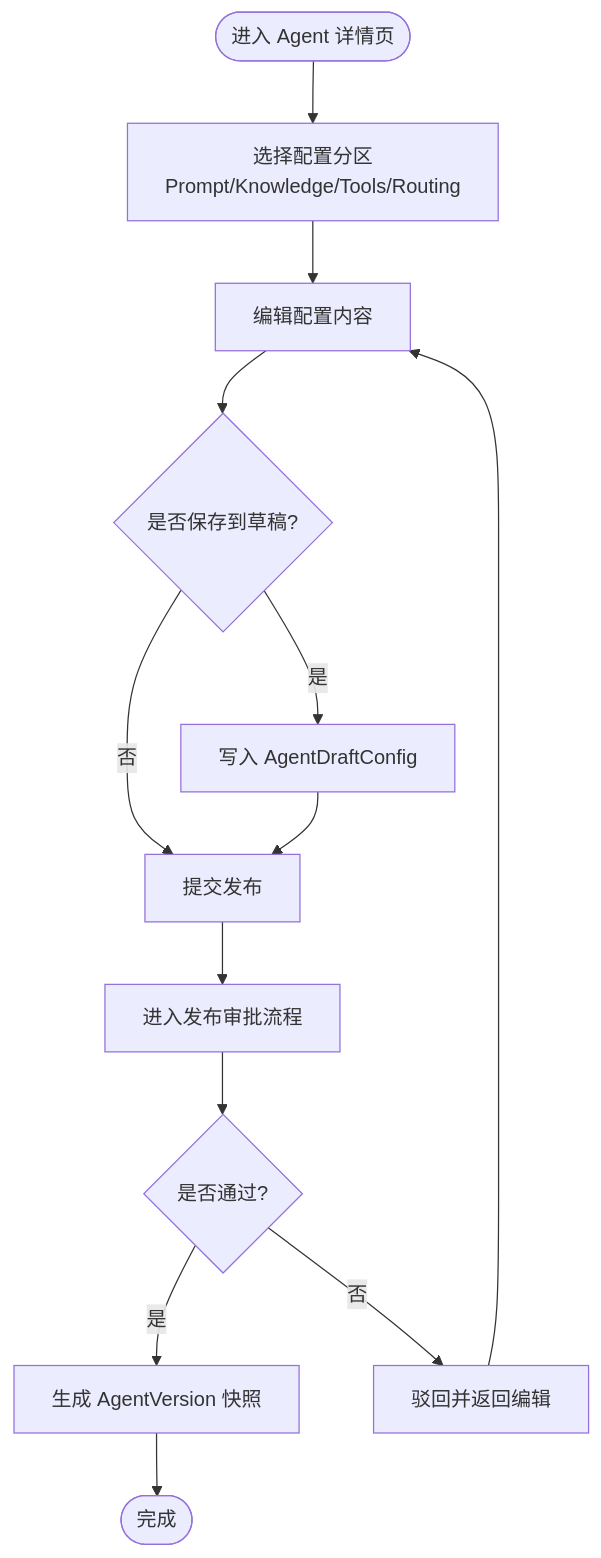
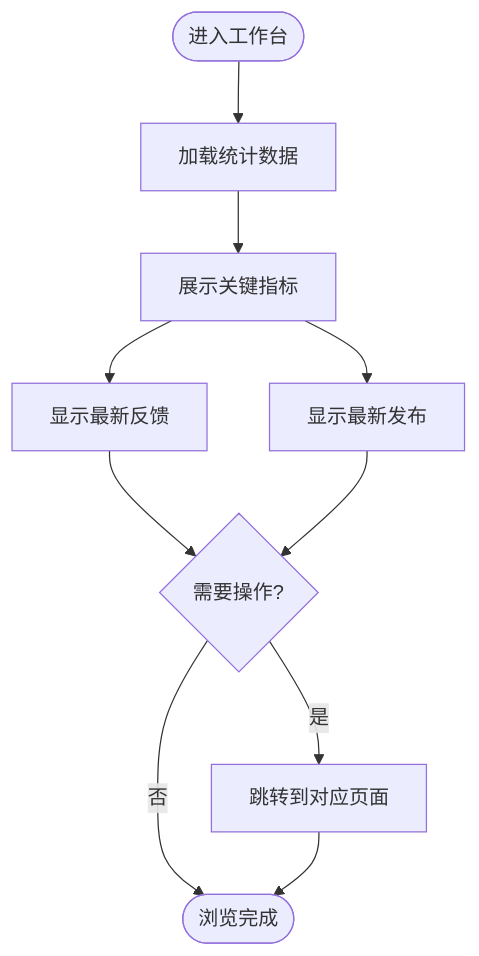
One commit to ai-guru-global/agent-up changed the third of 5 diagrams in .qoder/repowiki/zh/content/功能模块/功能模块.md. Above: the diagram before and after it, drawn with Mermaid. The commit also changed other lines of this file and 13 other files, not shown here.

````diff
--- a/.qoder/repowiki/zh/content/功能模块/功能模块.md
+++ b/.qoder/repowiki/zh/content/功能模块/功能模块.md
@@ -190,15 +205,12 @@
 ```mermaid
 flowchart TD
-Start(["进入 Agent 详情页"]) --> Tabs["选择配置分区<br/>Prompt/Knowledge/Tools/Routing"]
-Tabs --> Edit["编辑配置内容"]
-Edit --> SaveDraft{"是否保存到草稿?"}
-SaveDraft --> |是| Draft["写入 AgentDraftConfig"]
-SaveDraft --> |否| Submit["提交发布"]
-Draft --> Submit
-Submit --> Approval["进入发布审批流程"]
-Approval --> Approved{"是否通过?"}
-Approved --> |是| Snapshot["生成 AgentVersion 快照"]
-Approved --> |否| Reject["驳回并返回编辑"]
-Snapshot --> End(["完成"])
-Reject --> Edit
+Start(["进入工作台"]) --> LoadData["加载统计数据"]
+LoadData --> ShowMetrics["展示关键指标"]
+ShowMetrics --> RecentFeedback["显示最新反馈"]
+ShowMetrics --> RecentReleases["显示最新发布"]
+RecentFeedback --> QuickActions{"需要操作?"}
+RecentReleases --> QuickActions
+QuickActions --> |是| Navigate["跳转到对应页面"]
+QuickActions --> |否| End(["浏览完成"])
+Navigate --> End
 ```
````
